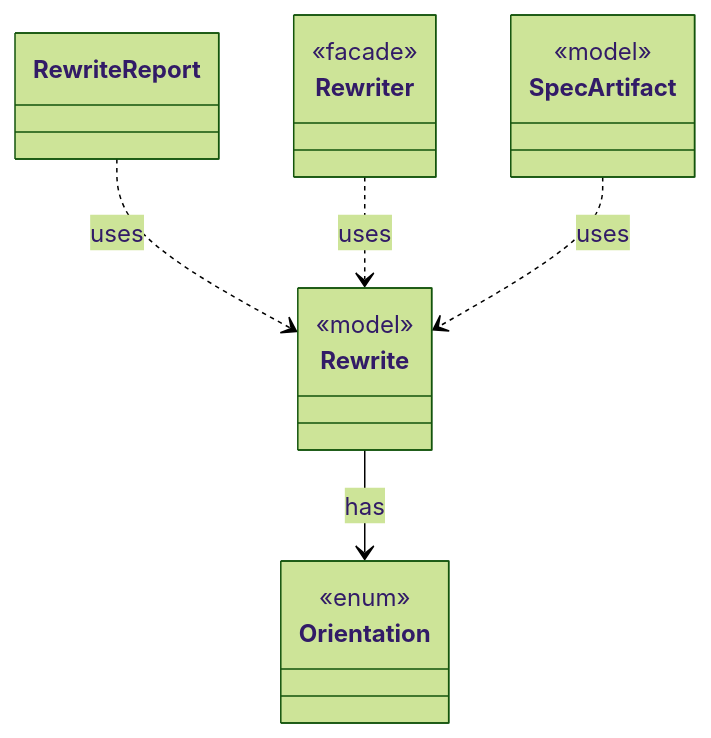
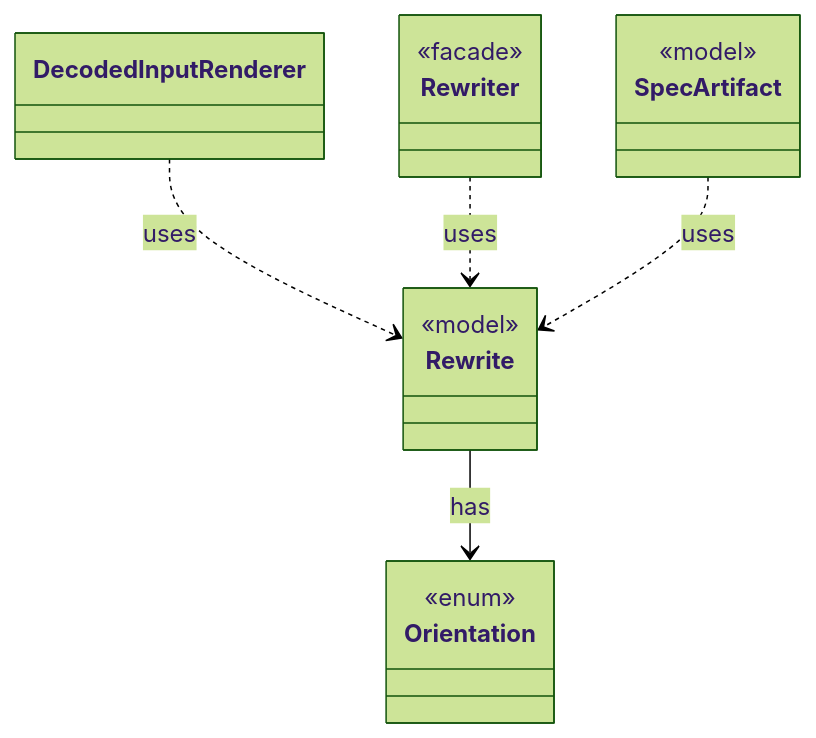
The diagram in dev/types/io.github.tlaplus.hardening.gen.rewrite.Rewrite.md (tlaplus/model-checker-hardening), drawn with Mermaid (forest theme) before and after one commit. The commit also changed other lines of this file and 408 other files, not shown here.

````diff
--- a/dev/types/io.github.tlaplus.hardening.gen.rewrite.Rewrite.md
+++ b/dev/types/io.github.tlaplus.hardening.gen.rewrite.Rewrite.md
@@ -7,20 +7,20 @@
 ```mermaid
 classDiagram
   class Rewrite {
     <<model>>
   }
   class Orientation {
     <<enum>>
   }
-  class RewriteReport
+  class DecodedInputRenderer
   class Rewriter {
     <<facade>>
   }
   class SpecArtifact {
     <<model>>
   }
   Rewrite --> Orientation : has
-  RewriteReport ..> Rewrite : uses
+  DecodedInputRenderer ..> Rewrite : uses
   Rewriter ..> Rewrite : uses
   SpecArtifact ..> Rewrite : uses
 ```
````
